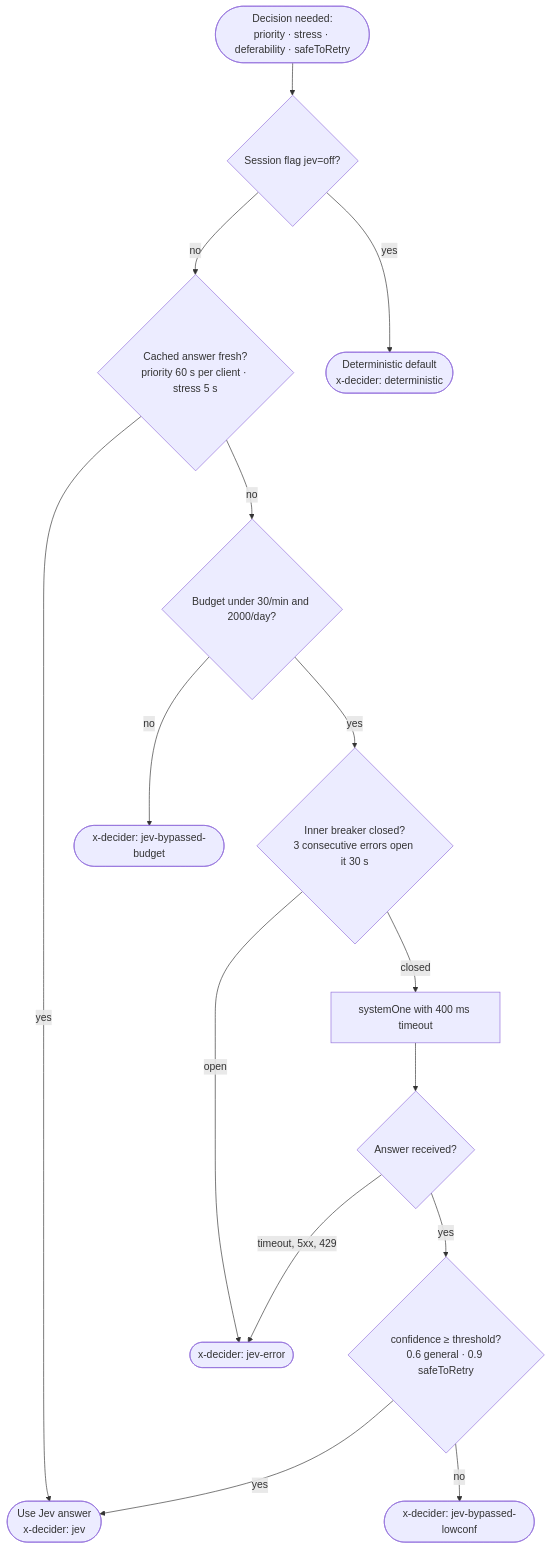
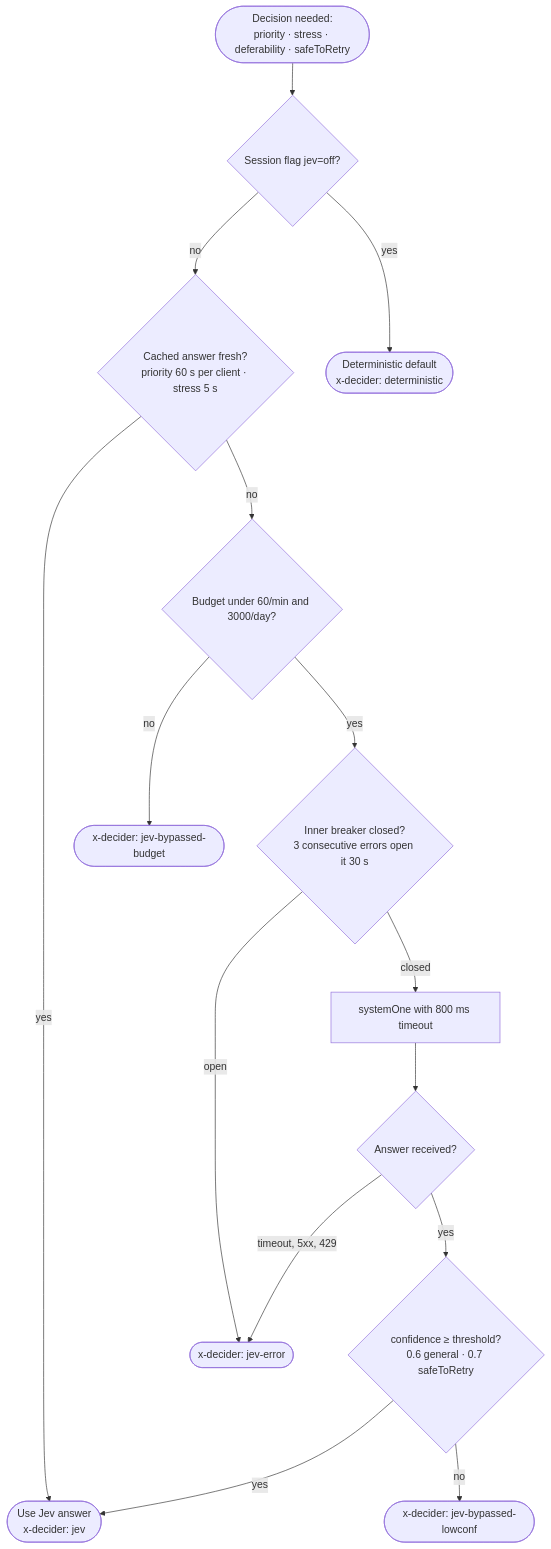
Before and after one commit to bharath-ramaprasad/infra-guardian: the fourth of 5 diagrams in docs/control-plane.md, drawn with Mermaid. The commit also changed other lines of this file and 34 other files, not shown here.

````diff
--- a/docs/control-plane.md
+++ b/docs/control-plane.md
@@ -123,30 +123,30 @@
 ```mermaid
 flowchart TB
   NEED([Decision needed:<br/>priority · stress · deferability · safeToRetry])
   OFF{Session flag jev=off?}
   CACHE{Cached answer fresh?<br/>priority 60 s per client · stress 5 s}
-  BUD{Budget under 30/min and 2000/day?}
+  BUD{Budget under 60/min and 3000/day?}
   IBRK{Inner breaker closed?<br/>3 consecutive errors open it 30 s}
-  CALL["systemOne with 400 ms timeout"]
+  CALL["systemOne with 800 ms timeout"]
   OK{Answer received?}
-  CONF{confidence ≥ threshold?<br/>0.6 general · 0.9 safeToRetry}
+  CONF{confidence ≥ threshold?<br/>0.6 general · 0.7 safeToRetry}
   USE([Use Jev answer<br/>x-decider: jev])
   D1([Deterministic default<br/>x-decider: deterministic])
   D2([x-decider: jev-bypassed-budget])
   D3([x-decider: jev-error])
   D4([x-decider: jev-bypassed-lowconf])
 
   NEED --> OFF
   OFF -->|yes| D1
   OFF -->|no| CACHE
   CACHE -->|yes| USE
   CACHE -->|no| BUD
   BUD -->|no| D2
   BUD -->|yes| IBRK
   IBRK -->|open| D3
   IBRK -->|closed| CALL --> OK
   OK -->|timeout, 5xx, 429| D3
   OK -->|yes| CONF
   CONF -->|no| D4
   CONF -->|yes| USE
 ```
````
